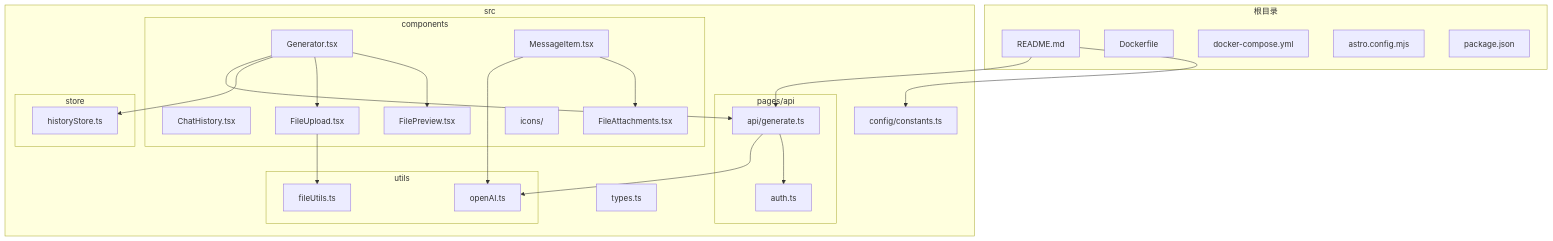
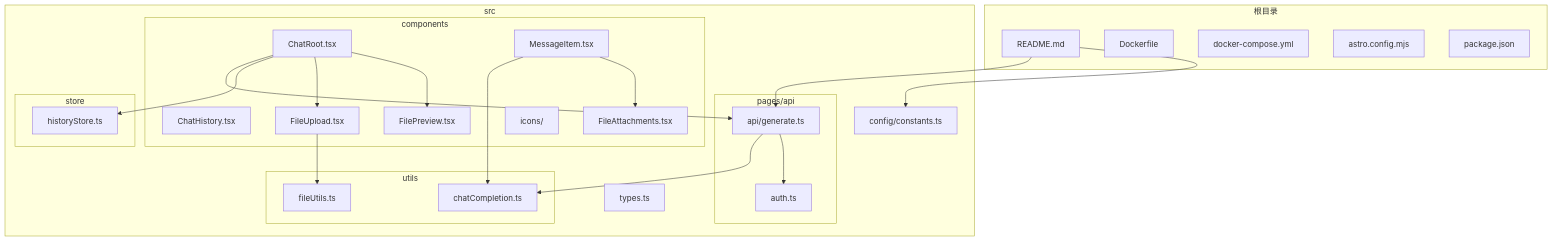
One commit to zfyime/chat-mini changed the first of 11 diagrams in .qoder/repowiki/zh/content/项目概述.md. Above: the diagram before and after it, drawn with Mermaid. The commit also changed other lines of this file and 52 other files, not shown here.

````diff
--- a/.qoder/repowiki/zh/content/项目概述.md
+++ b/.qoder/repowiki/zh/content/项目概述.md
@@ -43,46 +43,46 @@
 ```mermaid
 graph TB
 subgraph "根目录"
 README[README.md]
 Dockerfile[Dockerfile]
 docker-compose[docker-compose.yml]
 astro-config[astro.config.mjs]
 package[package.json]
 end
 subgraph "src"
 subgraph "components"
-Generator[Generator.tsx]
+Generator[ChatRoot.tsx]
 MessageItem[MessageItem.tsx]
 ChatHistory[ChatHistory.tsx]
 FileUpload[FileUpload.tsx]
 FilePreview[FilePreview.tsx]
 FileAttachments[FileAttachments.tsx]
 icons[icons/]
 end
 subgraph "pages/api"
 generate[api/generate.ts]
 auth[api/auth.ts]
 end
 subgraph "store"
 historyStore[historyStore.ts]
 end
 subgraph "utils"
-openAI[openAI.ts]
+openAI[chatCompletion.ts]
 fileUtils[fileUtils.ts]
 auth[auth.ts]
 end
 config[config/constants.ts]
 types[types.ts]
 end
 README --> generate
 README --> config
 generate --> openAI
 generate --> auth
 Generator --> generate
 Generator --> historyStore
 Generator --> FileUpload
 Generator --> FilePreview
 MessageItem --> openAI
 MessageItem --> FileAttachments
 FileUpload --> fileUtils
 ```
````
